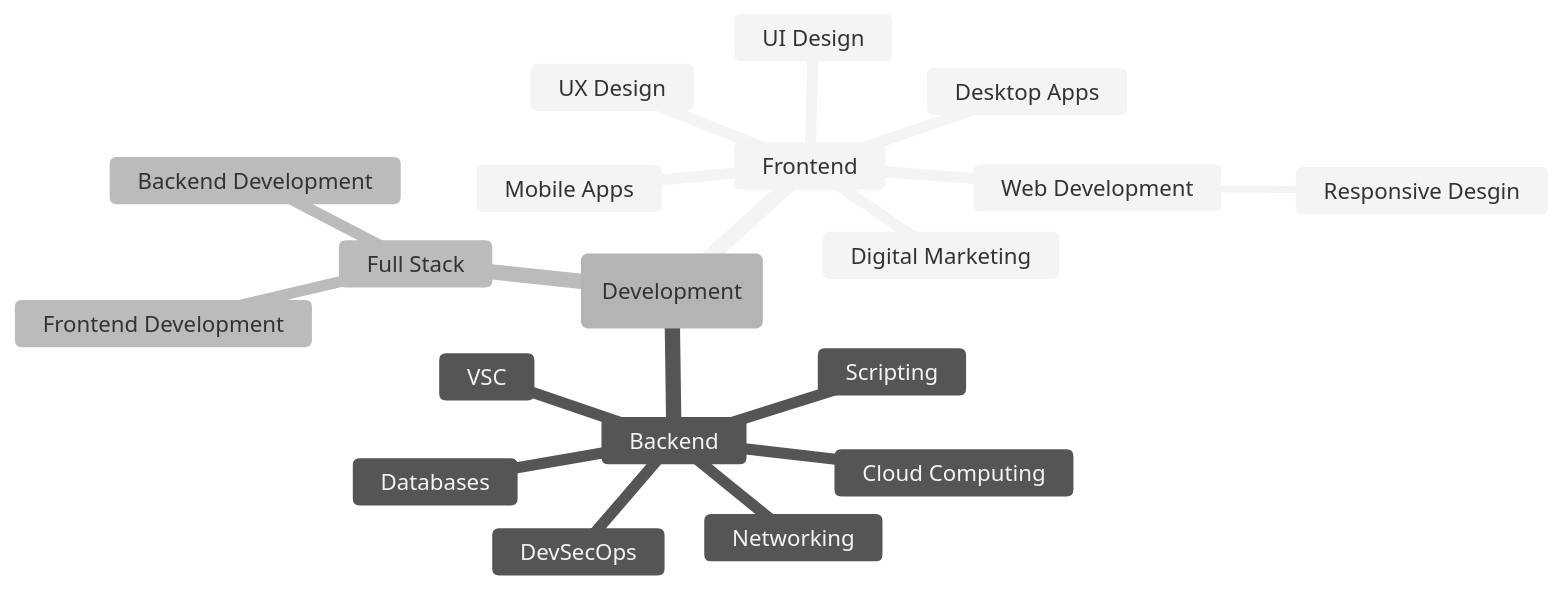
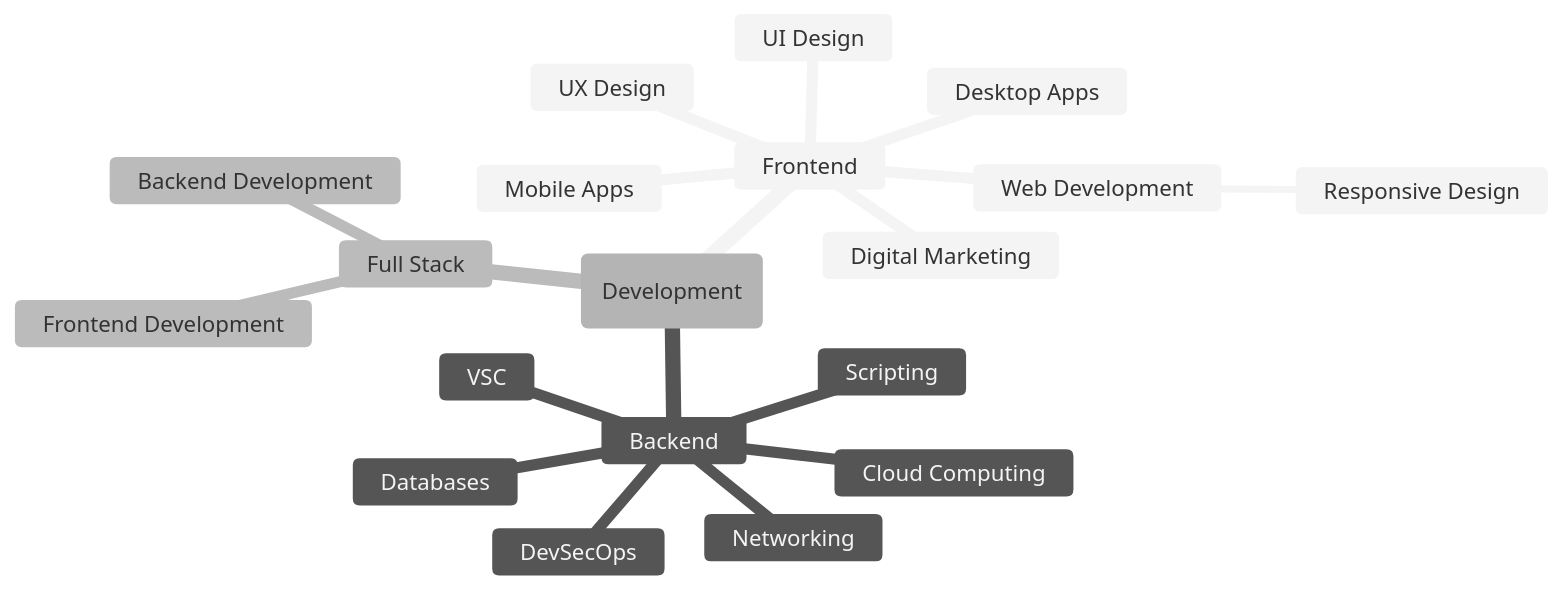
Before and after one commit to Azriel1909/Pink-academy: the diagram in README.md, drawn with Mermaid.

Commit message:
Mindmap updated

````diff
--- a/README.md
+++ b/README.md
@@ -5,23 +5,23 @@
 ```mermaid
 %%{init: {'theme':'neutral'}}%%
 mindmap
-root (Development)
+root(Development)
 	Frontend 
 		UX Design
 		UI Design
 		Digital Marketing
 		Mobile Apps
 		Desktop Apps
 		Web Development
-			Responsive Desgin
+			Responsive Design
 	Backend 
 		VSC
 		Scripting
 		Databases
 		DevSecOps
 		Networking
 		Cloud Computing
 	Full Stack 
 		Frontend Development
 		Backend Development
 ```
````
